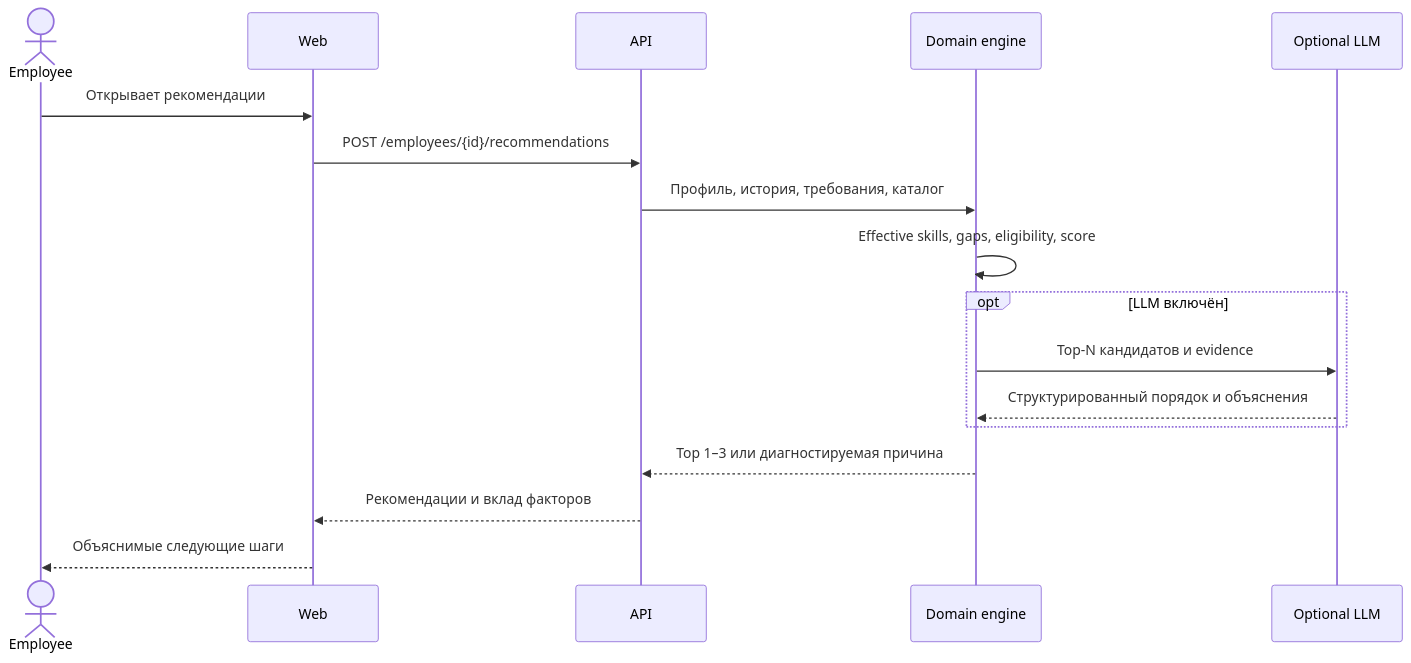
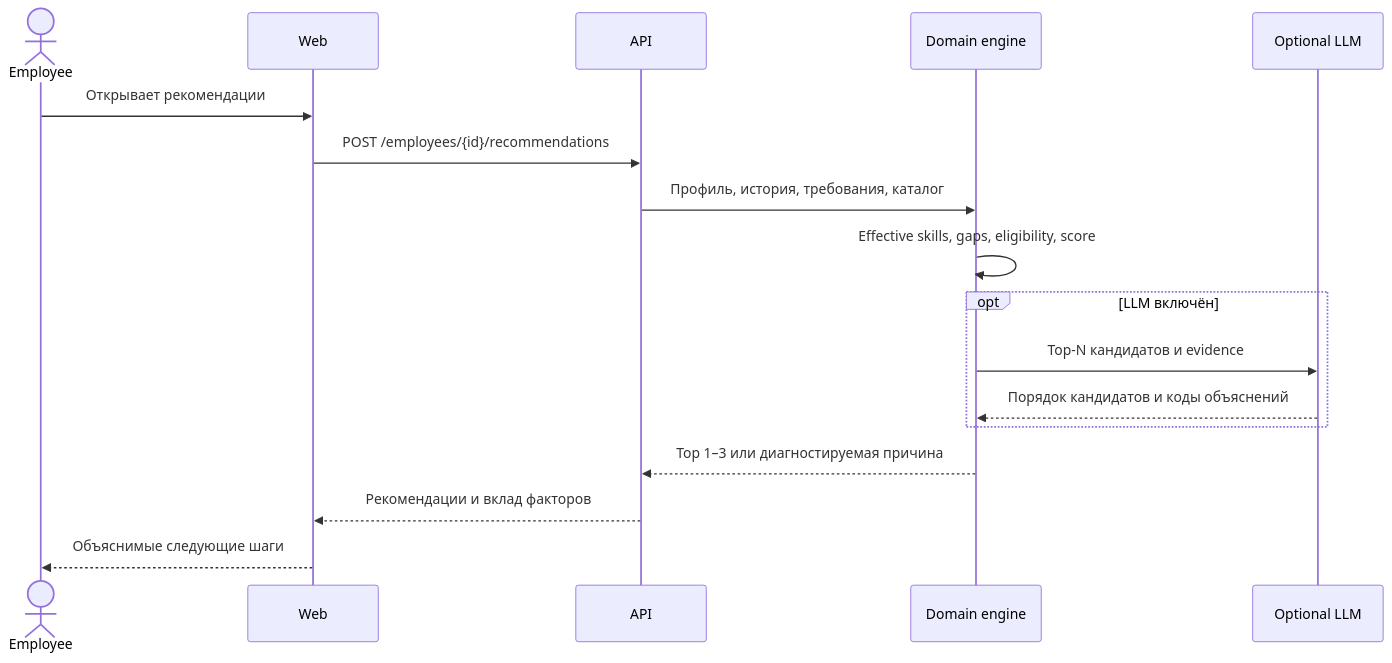
Before and after one commit to BAITC-Hacks/hack-efa741b1-qaldy-ai: the second of 2 diagrams in docs/ARCHITECTURE.md, drawn with Mermaid. The commit also changed other lines of this file and 11 other files, not shown here.

````diff
--- a/docs/ARCHITECTURE.md
+++ b/docs/ARCHITECTURE.md
@@ -44,20 +46,20 @@
 ```mermaid
 sequenceDiagram
     actor Employee
     participant Web
     participant API
     participant Engine as Domain engine
     participant AI as Optional LLM
 
     Employee->>Web: Открывает рекомендации
     Web->>API: POST /employees/{id}/recommendations
     API->>Engine: Профиль, история, требования, каталог
     Engine->>Engine: Effective skills, gaps, eligibility, score
     opt LLM включён
         Engine->>AI: Top-N кандидатов и evidence
-        AI-->>Engine: Структурированный порядок и объяснения
+        AI-->>Engine: Порядок кандидатов и коды объяснений
     end
     Engine-->>API: Top 1–3 или диагностируемая причина
     API-->>Web: Рекомендации и вклад факторов
     Web-->>Employee: Объяснимые следующие шаги
 ```
````
